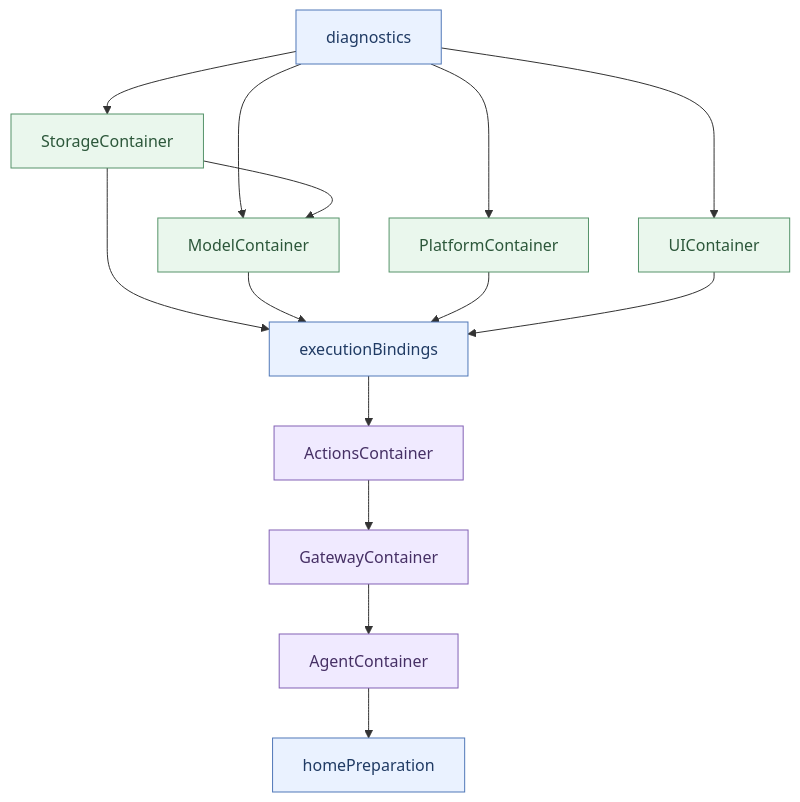
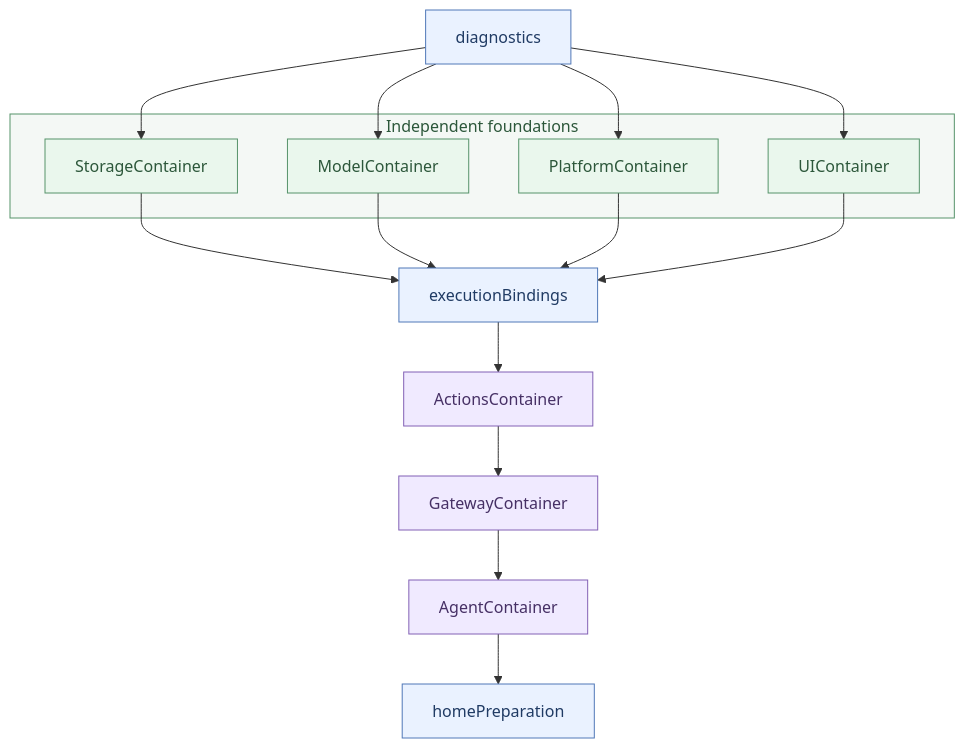
Before and after one commit to devilyouwei/MobileHarness: the fourth of 27 diagrams in MobileHarness/README.md, drawn with Mermaid. The commit also changed other lines of this file and 74 other files, not shown here.

````diff
--- a/MobileHarness/README.md
+++ b/MobileHarness/README.md
@@ -324,22 +324,29 @@
 ```mermaid
 flowchart TB
-    D["diagnostics"] --> S["StorageContainer"]
-    D --> M["ModelContainer"]
-    D --> P["PlatformContainer"]
-    D --> U["UIContainer"]
-    S --> M
+    D["diagnostics"]
+    subgraph F["Independent foundations"]
+        S["StorageContainer"]
+        M["ModelContainer"]
+        P["PlatformContainer"]
+        U["UIContainer"]
+    end
+    D --> S
+    D --> M
+    D --> P
+    D --> U
     S --> B["executionBindings"]
     M --> B
     P --> B
     U --> B
     B --> X["ActionsContainer"]
     X --> G["GatewayContainer"]
     G --> A["AgentContainer"]
     A --> H["homePreparation"]
+    style F fill:#f4f8f5,stroke:#56936a,color:#2c573a
     classDef host fill:#eaf2ff,stroke:#5078b8,color:#203b64
     classDef foundation fill:#eaf7ed,stroke:#56936a,color:#2c573a
     classDef business fill:#f0eaff,stroke:#8261b5,color:#463065
     class D,B,H host
     class S,M,P,U foundation
     class X,G,A business
 ```
````
